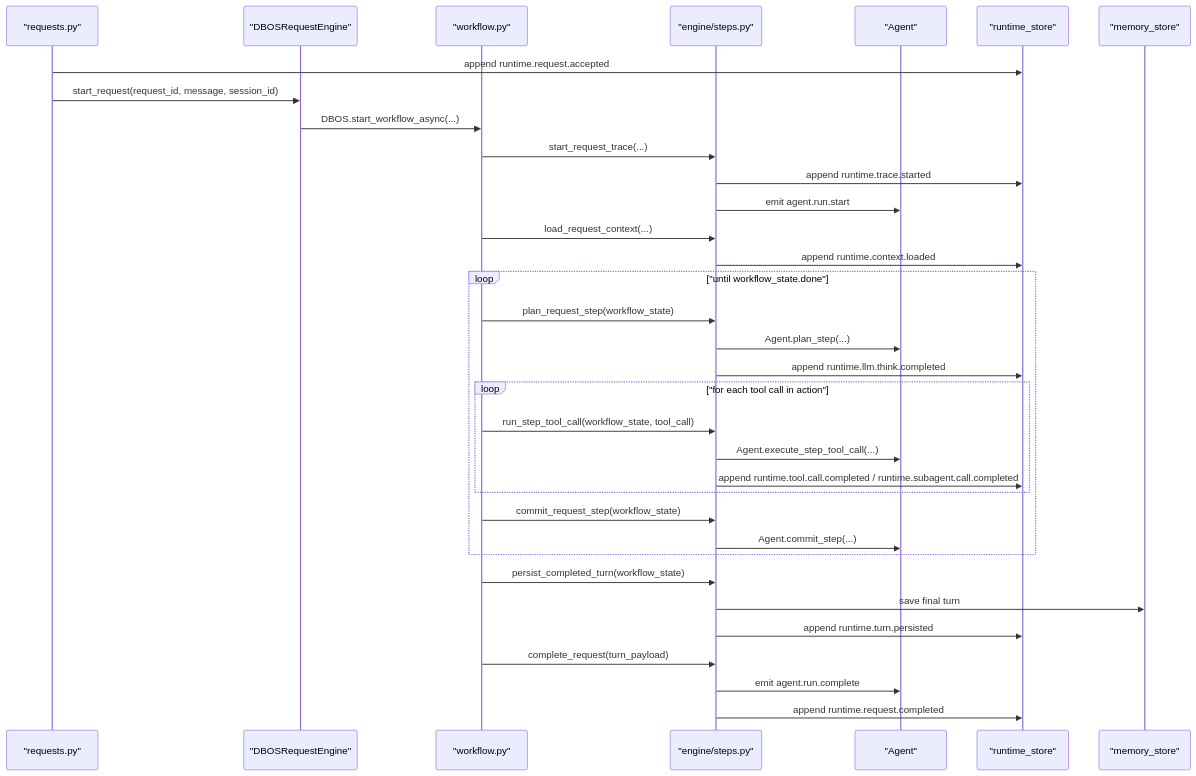
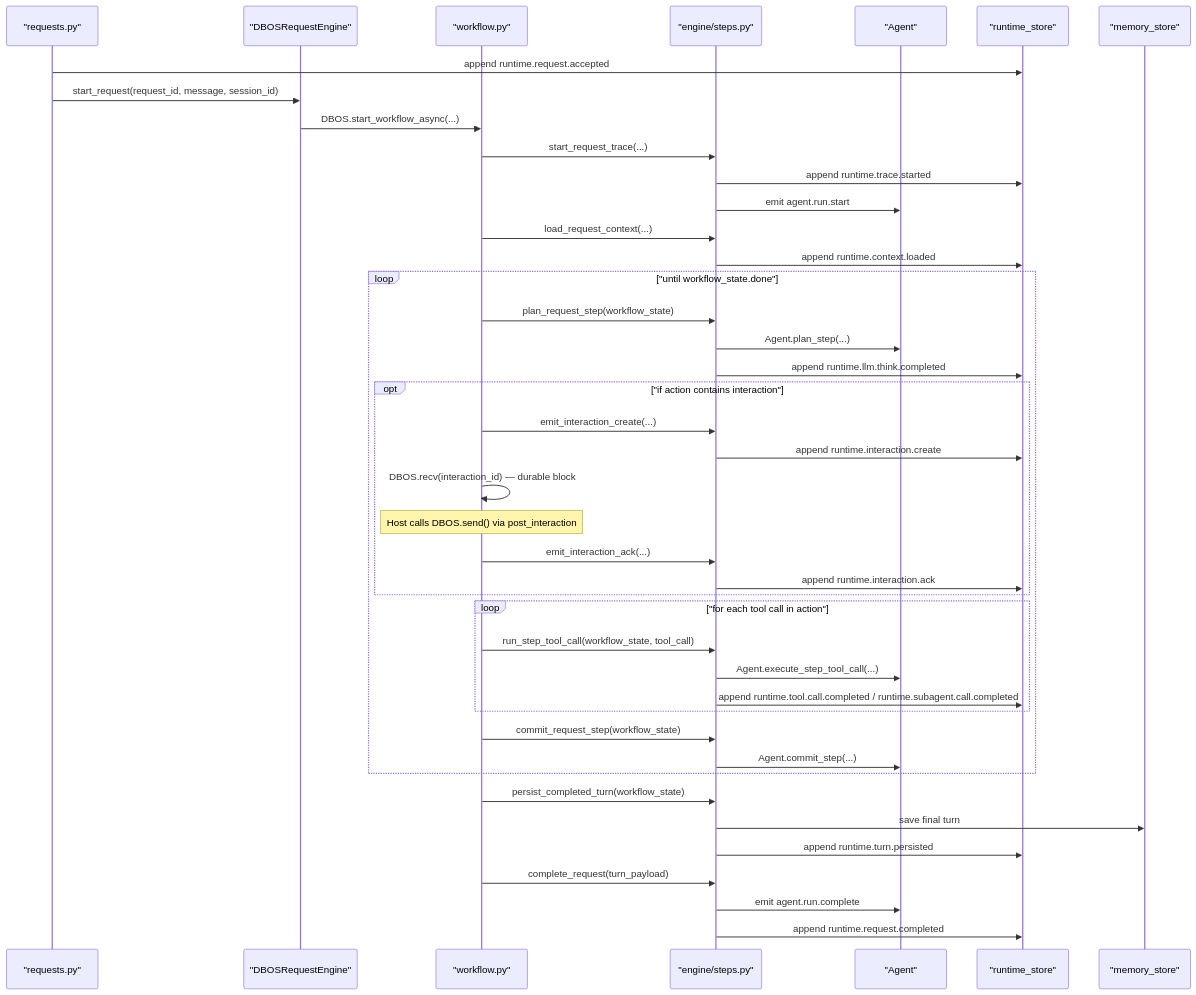
Before and after one commit to imsid/mashpy: the diagram in src/mash/runtime/engine/README.md, drawn with Mermaid. The commit also changed other lines of this file and 28 other files, not shown here.

````diff
--- a/src/mash/runtime/engine/README.md
+++ b/src/mash/runtime/engine/README.md
@@ -265,41 +284,50 @@
 ```mermaid
 sequenceDiagram
     participant Req as "requests.py"
     participant Eng as "DBOSRequestEngine"
     participant WF as "workflow.py"
     participant Step as "engine/steps.py"
     participant Agent as "Agent"
     participant Store as "runtime_store"
     participant Memory as "memory_store"
 
     Req->>Store: append runtime.request.accepted
     Req->>Eng: start_request(request_id, message, session_id)
     Eng->>WF: DBOS.start_workflow_async(...)
     WF->>Step: start_request_trace(...)
     Step->>Store: append runtime.trace.started
     Step->>Agent: emit agent.run.start
     WF->>Step: load_request_context(...)
     Step->>Store: append runtime.context.loaded
 
     loop "until workflow_state.done"
         WF->>Step: plan_request_step(workflow_state)
         Step->>Agent: Agent.plan_step(...)
         Step->>Store: append runtime.llm.think.completed
 
+        opt "if action contains interaction"
+            WF->>Step: emit_interaction_create(...)
+            Step->>Store: append runtime.interaction.create
+            WF->>WF: DBOS.recv(interaction_id) — durable block
+            Note over WF: Host calls DBOS.send() via post_interaction
+            WF->>Step: emit_interaction_ack(...)
+            Step->>Store: append runtime.interaction.ack
+        end
+
         loop "for each tool call in action"
             WF->>Step: run_step_tool_call(workflow_state, tool_call)
             Step->>Agent: Agent.execute_step_tool_call(...)
             Step->>Store: append runtime.tool.call.completed / runtime.subagent.call.completed
         end
 
         WF->>Step: commit_request_step(workflow_state)
         Step->>Agent: Agent.commit_step(...)
     end
 
     WF->>Step: persist_completed_turn(workflow_state)
     Step->>Memory: save final turn
     Step->>Store: append runtime.turn.persisted
     WF->>Step: complete_request(turn_payload)
     Step->>Agent: emit agent.run.complete
     Step->>Store: append runtime.request.completed
 ```
````
